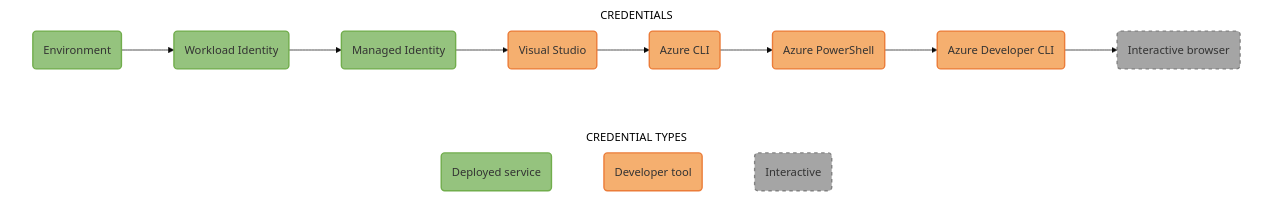
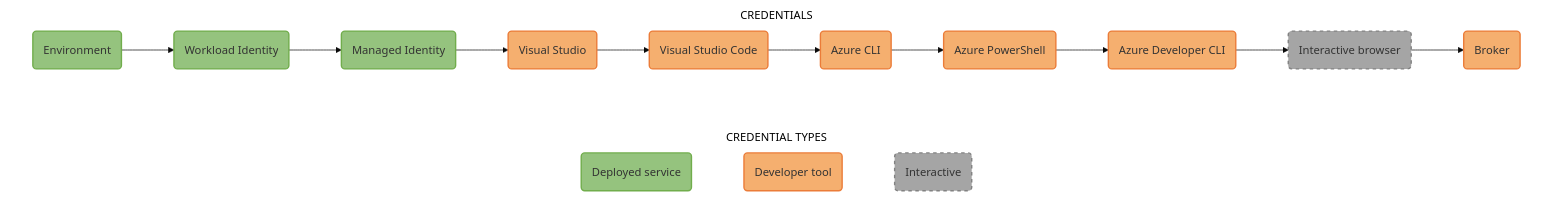
The diagram in docs/azure/sdk/media/mermaidjs/DefaultAzureCredentialAuthFlow.md (dotnet/docs), drawn with Mermaid before and after one commit. The commit also changed other lines of this file and 10 other files, not shown here.

Commit message:
Update credential chains doc for Azure Identity v1.15.0 release

````diff
--- a/docs/azure/sdk/media/mermaidjs/DefaultAzureCredentialAuthFlow.md
+++ b/docs/azure/sdk/media/mermaidjs/DefaultAzureCredentialAuthFlow.md
@@ -6,46 +6,59 @@
 ```mermaid
 %% STEPS TO GENERATE IMAGE
 %% =======================
 %% 1. Install mermaid CLI v10.9.1 (see https://github.com/mermaid-js/mermaid-cli/blob/master/README.md):
 %%    npm i -g @mermaid-js/mermaid-cli@10.9.1
-%% 2. Run command: mmdc -i DefaultAzureCredentialAuthFlow.md -o ../../media/mermaidjs/DefaultAzureCredentialAuthFlow.svg
+%% 2. Run commands:
+%%    mmdc -i DefaultAzureCredentialAuthFlow.md -o ../../media/mermaidjs/DefaultAzureCredentialAuthFlow-inline.svg
+%%    mmdc -i DefaultAzureCredentialAuthFlow.md -o ../../media/mermaidjs/DefaultAzureCredentialAuthFlow-expanded.png -w 1156
 
 %%{
   init: {
     'theme': 'base',
     'themeVariables': {
       'tertiaryBorderColor': '#fff',
       'tertiaryColor': '#fff'
     }
   }
 }%%
 
 flowchart LR;
     accTitle: DefaultAzureCredential authentication flow;
     accDescr: Flowchart showing the credential chain implemented by DefaultAzureCredential;
 
     subgraph CREDENTIAL TYPES;
         direction LR;
         Deployed(Deployed service):::deployed ~~~ Developer(Developer tool):::developer ~~~ Interactive(Interactive):::interactive;
     end;
 
     subgraph CREDENTIALS;
         direction LR;
-        A(Environment):::deployed --> B(Workload Identity):::deployed --> C(Managed Identity):::deployed --> D(Visual Studio):::developer --> E(Azure CLI):::developer --> F(Azure PowerShell):::developer --> G(Azure Developer CLI):::developer --> H(Interactive browser):::interactive;
+        A(Environment):::deployed -->
+        B(Workload Identity):::deployed -->
+        C(Managed Identity):::deployed -->
+        D(Visual Studio):::developer -->
+        E(Visual Studio Code):::developer -->
+        F(Azure CLI):::developer -->
+        G(Azure PowerShell):::developer -->
+        H(Azure Developer CLI):::developer -->
+        I(Interactive browser):::interactive -->
+        J(Broker):::developer;
     end;
 
     %% Define styles for credential type boxes
     classDef deployed fill:#95C37E, stroke:#71AD4C, stroke-width:2px;
     classDef developer fill:#F5AF6F, stroke:#EB7C39, stroke-width:2px;
     classDef interactive fill:#A5A5A5, stroke:#828282, stroke-dasharray:5 5, stroke-width:2px;
 
     %% Add API ref links to credential type boxes
     click A "https://learn.microsoft.com/dotnet/api/azure.identity.environmentcredential?view=azure-dotnet" _blank;
     click B "https://learn.microsoft.com/dotnet/api/azure.identity.workloadidentitycredential?view=azure-dotnet" _blank;
     click C "https://learn.microsoft.com/dotnet/api/azure.identity.managedidentitycredential?view=azure-dotnet" _blank;
     click D "https://learn.microsoft.com/dotnet/api/azure.identity.visualstudiocredential?view=azure-dotnet" _blank;
-    click E "https://learn.microsoft.com/dotnet/api/azure.identity.azureclicredential?view=azure-dotnet" _blank;
-    click F "https://learn.microsoft.com/dotnet/api/azure.identity.azurepowershellcredential?view=azure-dotnet" _blank;
-    click G "https://learn.microsoft.com/dotnet/api/azure.identity.azuredeveloperclicredential?view=azure-dotnet" _blank
-    click H "https://learn.microsoft.com/dotnet/api/azure.identity.interactivebrowsercredential?view=azure-dotnet" _blank;
+    click E "https://learn.microsoft.com/dotnet/api/azure.identity.visualstudiocodecredential?view=azure-dotnet" _blank;
+    click F "https://learn.microsoft.com/dotnet/api/azure.identity.azureclicredential?view=azure-dotnet" _blank;
+    click G "https://learn.microsoft.com/dotnet/api/azure.identity.azurepowershellcredential?view=azure-dotnet" _blank;
+    click H "https://learn.microsoft.com/dotnet/api/azure.identity.azuredeveloperclicredential?view=azure-dotnet" _blank
+    click I "https://learn.microsoft.com/dotnet/api/azure.identity.interactivebrowsercredential?view=azure-dotnet" _blank;
+    click J "https://learn.microsoft.com/dotnet/api/azure.identity.interactivebrowsercredential?view=azure-dotnet" _blank;
 ```
````
